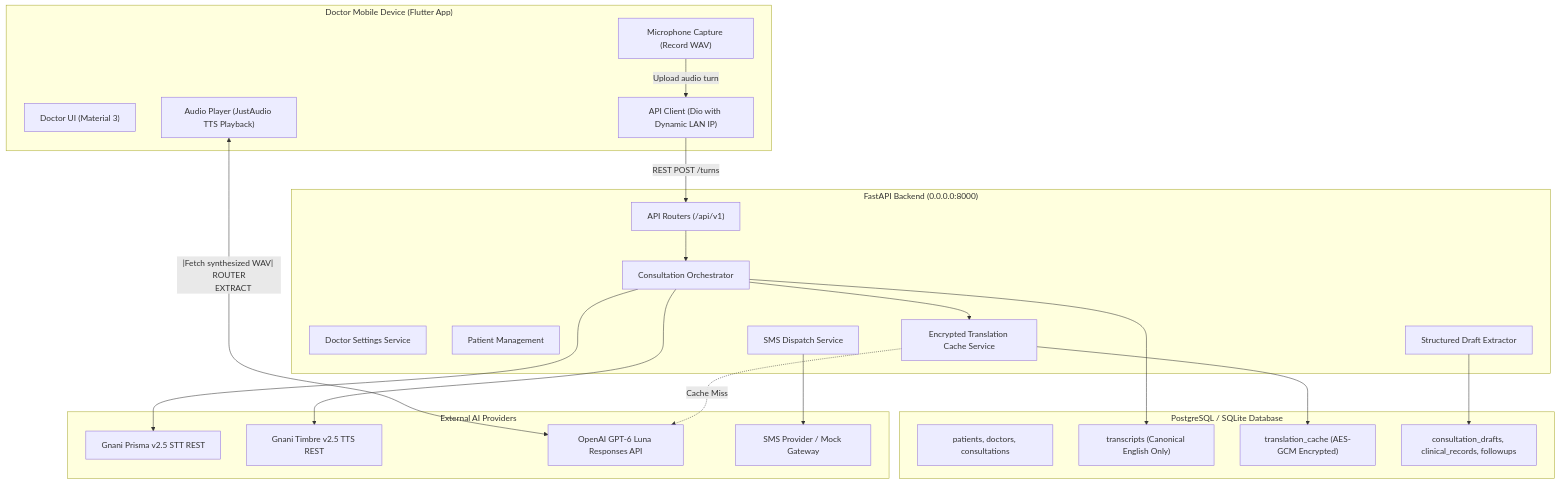
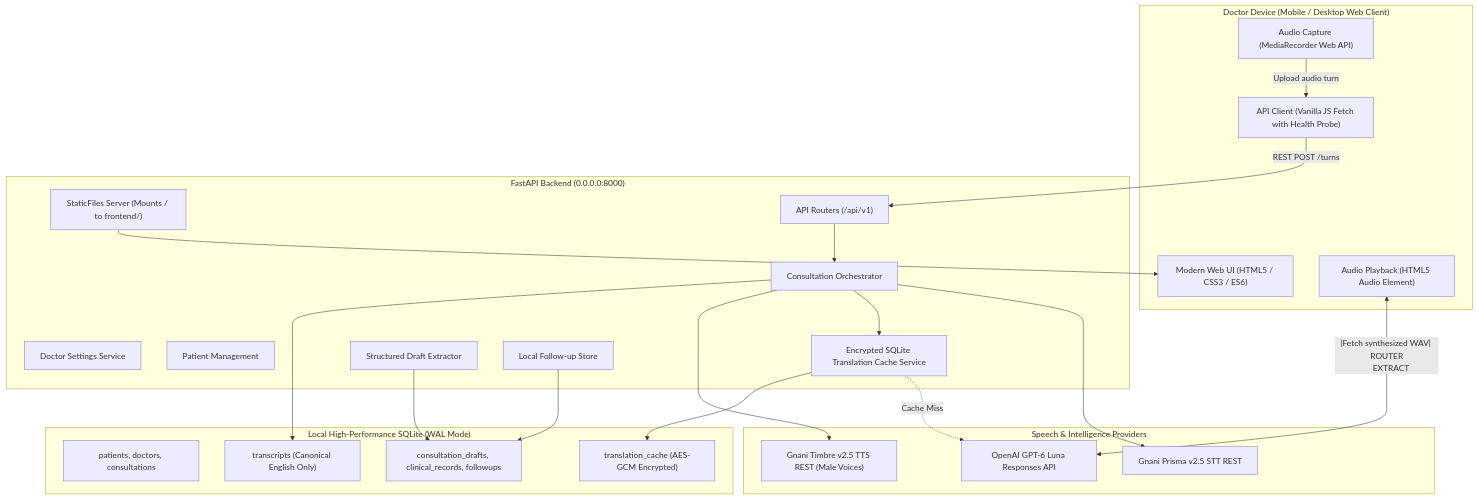
The first of 2 diagrams in docs/architecture.md (swapnilnaik29/SwasthyaSetu), drawn with Mermaid before and after one commit. The commit also changed other lines of this file and 141 other files, not shown here.

Commit message:
feat: complete pure HTML/CSS/JS frontend, mount static files in FastAPI, remove Flutter app, and update documentation

````diff
--- a/docs/architecture.md
+++ b/docs/architecture.md
@@ -9,47 +9,48 @@
 ```mermaid
 graph TD
-    subgraph MobileDevice["Doctor Mobile Device (Flutter App)"]
-        UI["Doctor UI (Material 3)"]
-        MIC["Microphone Capture (Record WAV)"]
-        PLAYER["Audio Player (JustAudio TTS Playback)"]
-        CLIENT["API Client (Dio with Dynamic LAN IP)"]
+    subgraph ClientLayer["Doctor Device (Mobile / Desktop Web Client)"]
+        UI["Modern Web UI (HTML5 / CSS3 / ES6)"]
+        MIC["Audio Capture (MediaRecorder Web API)"]
+        PLAYER["Audio Playback (HTML5 Audio Element)"]
+        CLIENT["API Client (Vanilla JS Fetch with Health Probe)"]
     end
 
     subgraph BackendHost["FastAPI Backend (0.0.0.0:8000)"]
+        STATIC["StaticFiles Server (Mounts / to frontend/)"]
         ROUTER["API Routers (/api/v1)"]
         AUTH_DOC["Doctor Settings Service"]
         PAT_MGR["Patient Management"]
         CONS_ORCH["Consultation Orchestrator"]
-        CACHE["Encrypted Translation Cache Service"]
+        CACHE["Encrypted SQLite Translation Cache Service"]
         EXTRACT["Structured Draft Extractor"]
-        NOTIF["SMS Dispatch Service"]
+        NOTIF["Local Follow-up Store"]
     end
 
-    subgraph Database["PostgreSQL / SQLite Database"]
+    subgraph Database["Local High-Performance SQLite (WAL Mode)"]
         DB_TABLES["patients, doctors, consultations"]
         DB_TRANS["transcripts (Canonical English Only)"]
         DB_CACHE["translation_cache (AES-GCM Encrypted)"]
         DB_RECORDS["consultation_drafts, clinical_records, followups"]
     end
 
-    subgraph ExternalAI["External AI Providers"]
+    subgraph ExternalAI["Speech & Intelligence Providers"]
         GNANI_STT["Gnani Prisma v2.5 STT REST"]
-        GNANI_TTS["Gnani Timbre v2.5 TTS REST"]
+        GNANI_TTS["Gnani Timbre v2.5 TTS REST (Male Voices)"]
         OPENAI["OpenAI GPT-6 Luna Responses API"]
-        SMS_GW["SMS Provider / Mock Gateway"]
     end
 
+    STATIC --> UI
     MIC -->|Upload audio turn| CLIENT
     CLIENT -->|REST POST /turns| ROUTER
     ROUTER --> CONS_ORCH
     CONS_ORCH --> GNANI_STT
     CONS_ORCH --> CACHE
     CACHE -.->|Cache Miss| OPENAI
     CONS_ORCH --> GNANI_TTS
     CONS_ORCH --> DB_TRANS
     CACHE --> DB_CACHE
     PLAYER <--|Fetch synthesized WAV| ROUTER
     EXTRACT --> OPENAI
     EXTRACT --> DB_RECORDS
-    NOTIF --> SMS_GW
+    NOTIF --> DB_RECORDS
 ```
````
